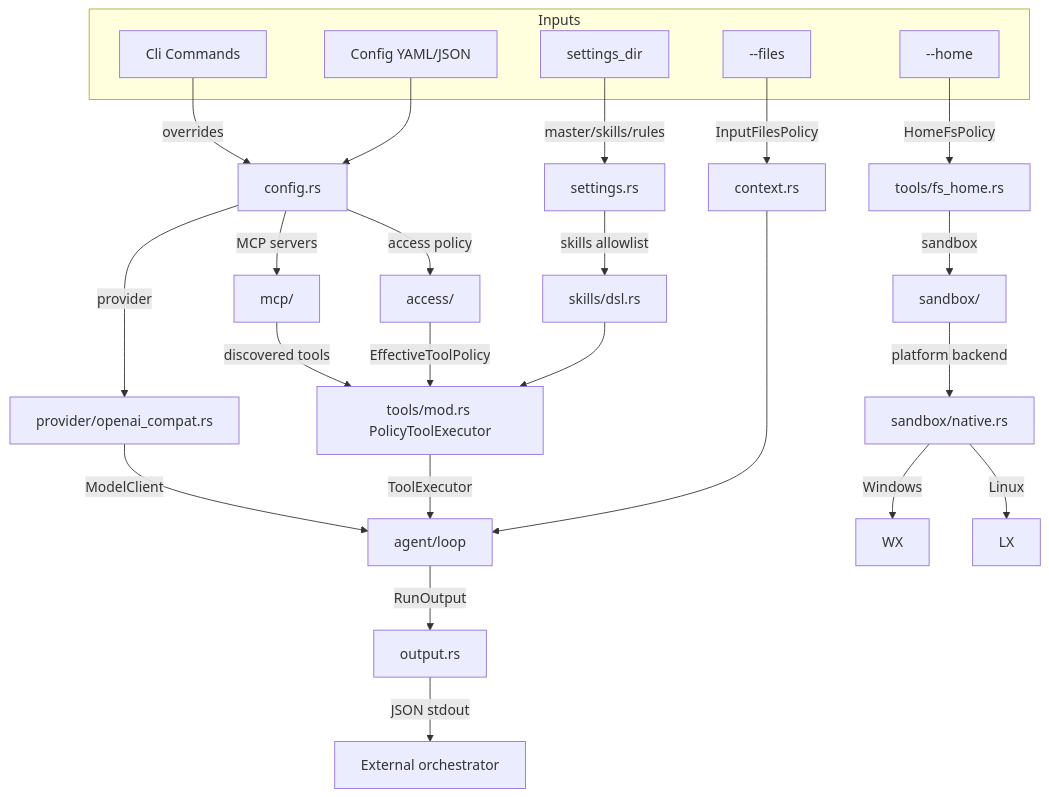
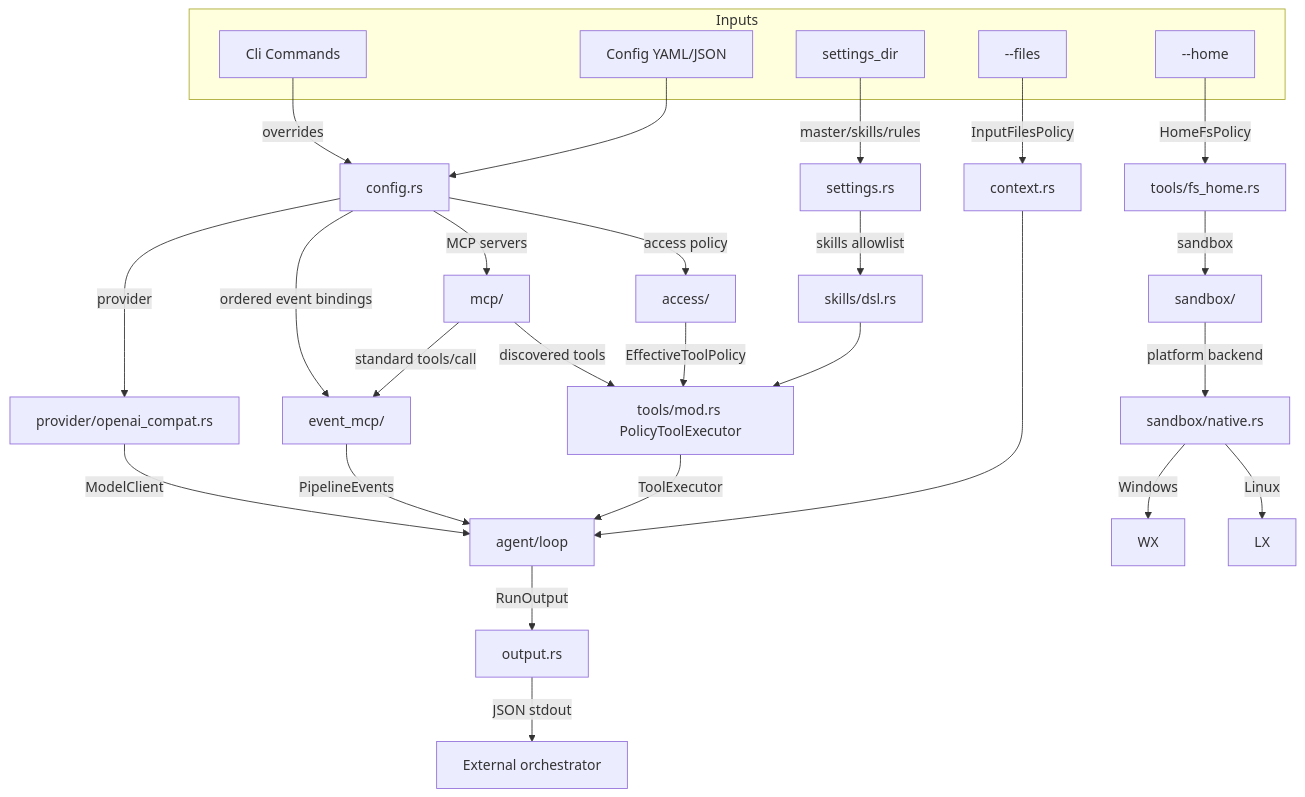
One commit to gazalievtimur/Agent-Kuibysheff changed the second of 4 diagrams in docs/ARCHITECTURE.md. Above: the diagram before and after it, drawn with Mermaid. The commit also changed other lines of this file and 14 other files, not shown here.

First line of the commit message:
Add ordered Event-MCP middleware hooks

````diff
--- a/docs/ARCHITECTURE.md
+++ b/docs/ARCHITECTURE.md
@@ -41,36 +41,39 @@
 ```mermaid
 flowchart TD
     subgraph inputs [Inputs]
         CLI[Cli Commands]
         CFG[Config YAML/JSON]
         SET[settings_dir]
         FILES[--files]
         HOME[--home]
     end
 
     CLI -->|overrides| CONFIG[config.rs]
     CFG --> CONFIG
     SET -->|master/skills/rules| SETTINGS[settings.rs]
     FILES -->|InputFilesPolicy| CONTEXT[context.rs]
     HOME -->|HomeFsPolicy| HOMEFS[tools/fs_home.rs]
 
     CONFIG -->|access policy| ACCESS[access/]
     ACCESS -->|EffectiveToolPolicy| POLICY[tools/mod.rs PolicyToolExecutor]
     SETTINGS -->|skills allowlist| SKILLS[skills/dsl.rs]
     SKILLS --> POLICY
     CONFIG -->|MCP servers| MCP[mcp/]
     MCP -->|discovered tools| POLICY
+    CONFIG -->|ordered event bindings| EVENTMCP[event_mcp/]
+    MCP -->|standard tools/call| EVENTMCP
 
     HOMEFS -->|sandbox| SANDBOX[sandbox/]
     SANDBOX -->|platform backend| NATIVE[sandbox/native.rs]
     NATIVE -->|Linux| LX
     NATIVE -->|Windows| WX
 
     CONFIG -->|provider| PROVIDER[provider/openai_compat.rs]
     POLICY -->|ToolExecutor| AGENT[agent/loop]
     PROVIDER -->|ModelClient| AGENT
+    EVENTMCP -->|PipelineEvents| AGENT
     CONTEXT --> AGENT
 
     AGENT -->|RunOutput| OUTPUT[output.rs]
     OUTPUT -->|JSON stdout| ORCH[External orchestrator]
 ```
````
